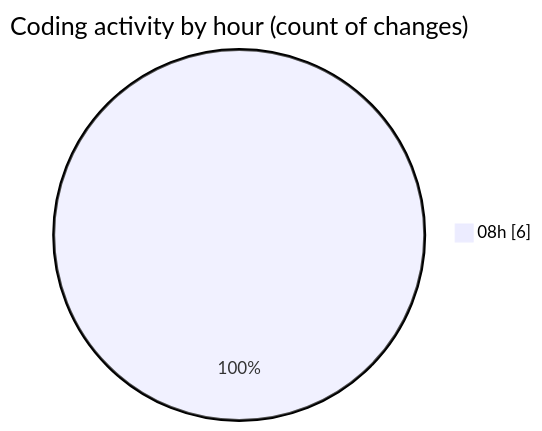
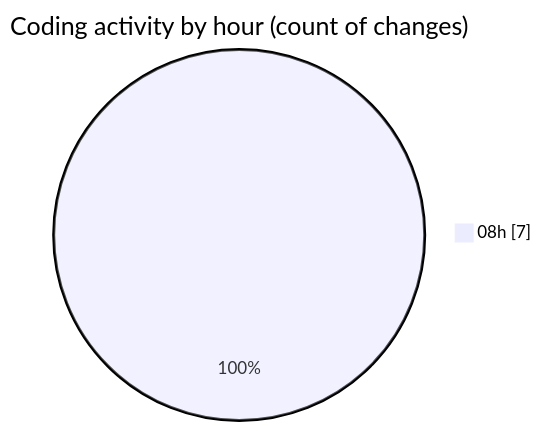
One commit to Unknowalive/code-tracking changed the second of 2 diagrams in 2026-09-01/web_tec_2026/README.md. Above: the diagram before and after it, drawn with Mermaid. The commit also changed other lines of this file and 1 other file, not shown here.

````diff
--- a/2026-09-01/web_tec_2026/README.md
+++ b/2026-09-01/web_tec_2026/README.md
@@ -33,5 +34,5 @@
 ```mermaid
 pie showData
 title Coding activity by hour (count of changes)
-"08h" : 6
+"08h" : 7
 ```
````
